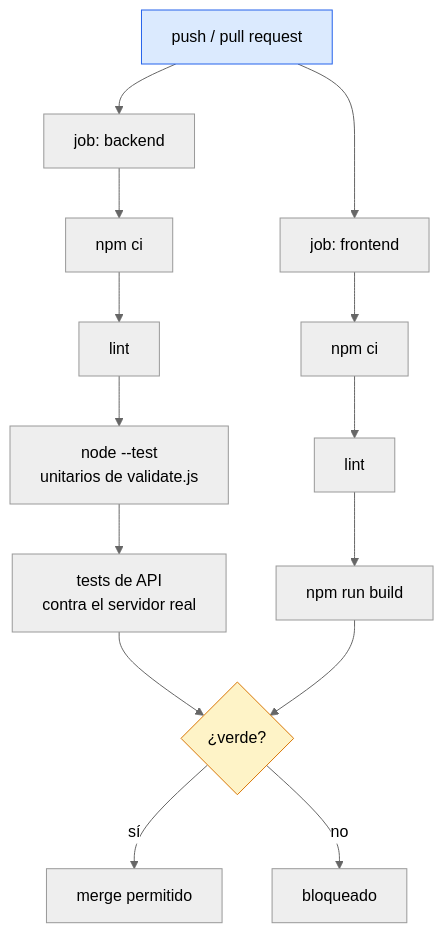
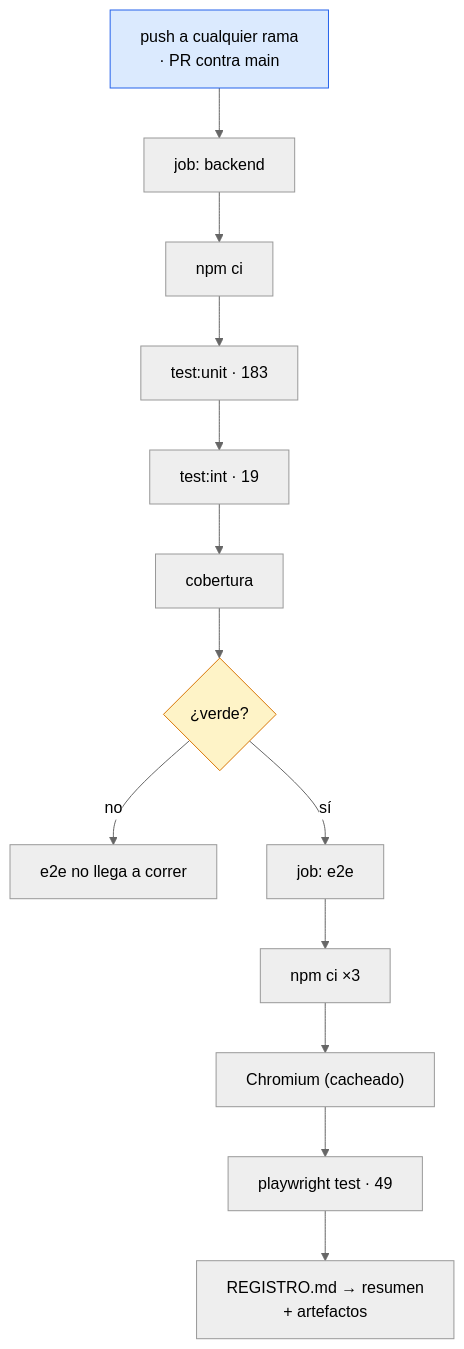
The diagram in obsidian-vault/04-Operación/CI-CD.md (godie007/exampleCICD), drawn with Mermaid (neutral theme) before and after one commit. The commit also changed other lines of this file and 7 other files, not shown here.

````diff
--- a/obsidian-vault/04-Operación/CI-CD.md
+++ b/obsidian-vault/04-Operación/CI-CD.md
@@ -31,22 +32,18 @@
 ```mermaid
 graph TD
-    P["push / pull request"] --> BE["job: backend"]
-    P --> FE["job: frontend"]
-
+    P["push a cualquier rama<br/>· PR contra main"] --> BE["job: backend"]
     BE --> B1["npm ci"]
-    B1 --> B2["lint"]
-    B2 --> B3["node --test<br/>unitarios de validate.js"]
-    B3 --> B4["tests de API<br/>contra el servidor real"]
-
-    FE --> F1["npm ci"]
-    F1 --> F2["lint"]
-    F2 --> F3["npm run build"]
-
+    B1 --> B2["test:unit · 183"]
+    B2 --> B3["test:int · 19"]
+    B3 --> B4["cobertura"]
     B4 --> OK{"¿verde?"}
-    F3 --> OK
-    OK -->|"sí"| M["merge permitido"]
-    OK -->|"no"| X["bloqueado"]
+    OK -->|"no"| X["e2e no llega a correr"]
+    OK -->|"sí"| E2["job: e2e"]
+    E2 --> E1["npm ci ×3"]
+    E1 --> E3["Chromium (cacheado)"]
+    E3 --> E4["playwright test · 49"]
+    E4 --> E5["REGISTRO.md → resumen<br/>+ artefactos"]
 
     style P fill:#dbeafe,stroke:#2563eb
     style OK fill:#fef3c7,stroke:#d97706
 ```
````
